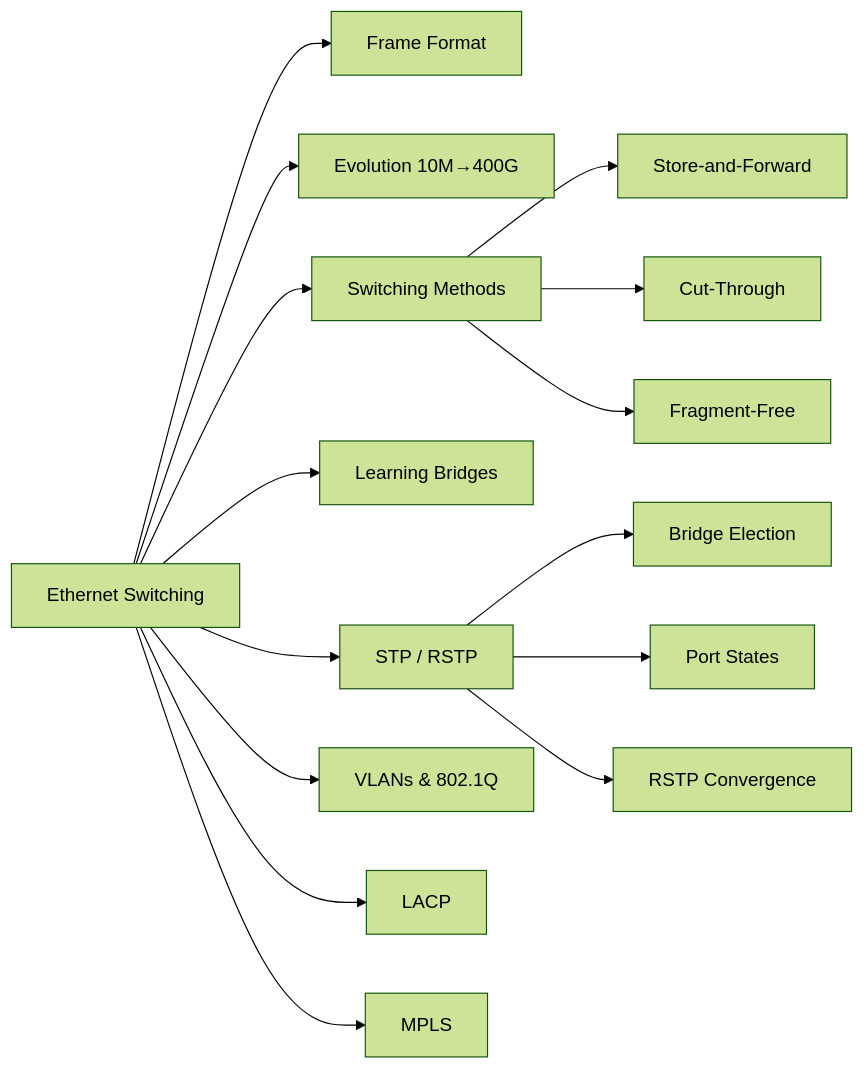
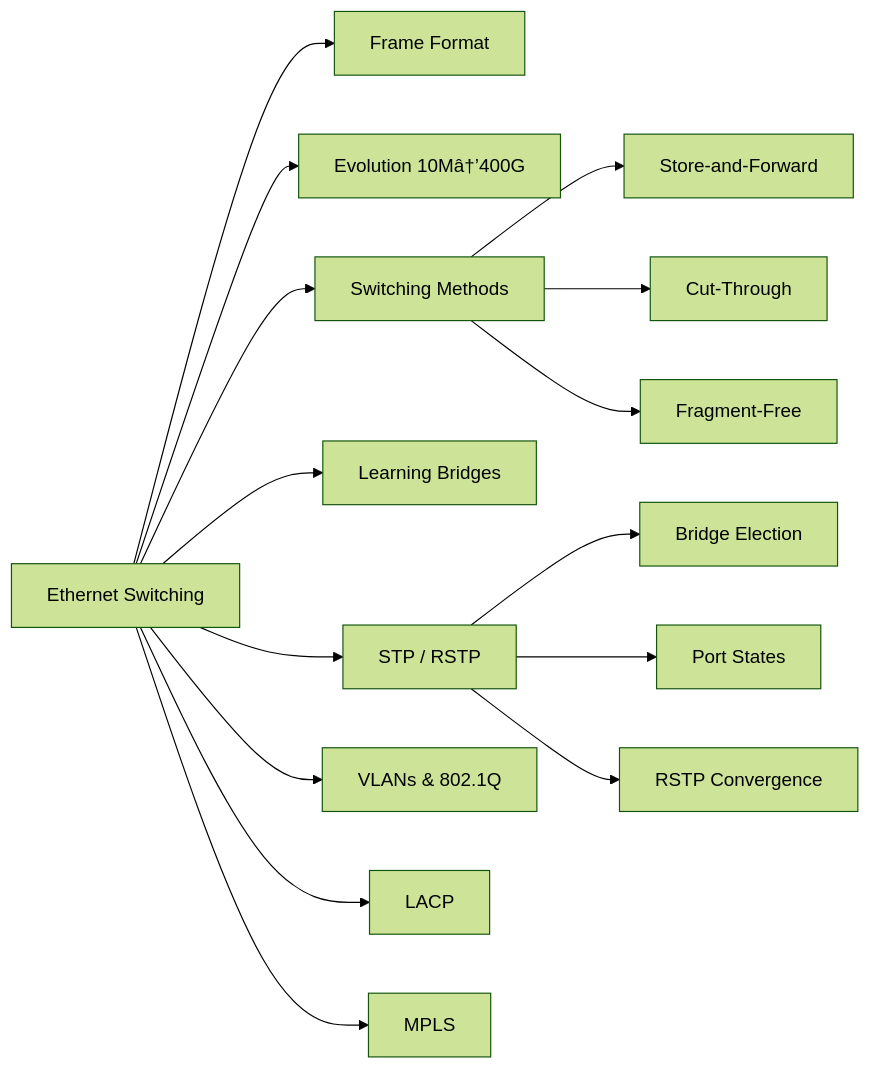
The first of 3 diagrams in docs/courses/computer-networks/05-ethernet-switching.md (Raushan666java/ai-engineering-journey), drawn with Mermaid (forest theme) before and after one commit. The commit also changed other lines of this file and 735 other files, not shown here.

````diff
--- a/docs/courses/computer-networks/05-ethernet-switching.md
+++ b/docs/courses/computer-networks/05-ethernet-switching.md
@@ -53,17 +53,17 @@
 ```mermaid
 flowchart LR
     A[Ethernet Switching] --> B[Frame Format]
-    A --> C[Evolution 10M→400G]
+    A --> C[Evolution 10Mâ†’400G]
     A --> D[Switching Methods]
     A --> E[Learning Bridges]
     A --> F[STP / RSTP]
     A --> G[VLANs & 802.1Q]
     A --> H[LACP]
     A --> I[MPLS]
     D --> D1[Store-and-Forward]
     D --> D2[Cut-Through]
     D --> D3[Fragment-Free]
     F --> F1[Bridge Election]
     F --> F2[Port States]
     F --> F3[RSTP Convergence]
 ```
````
